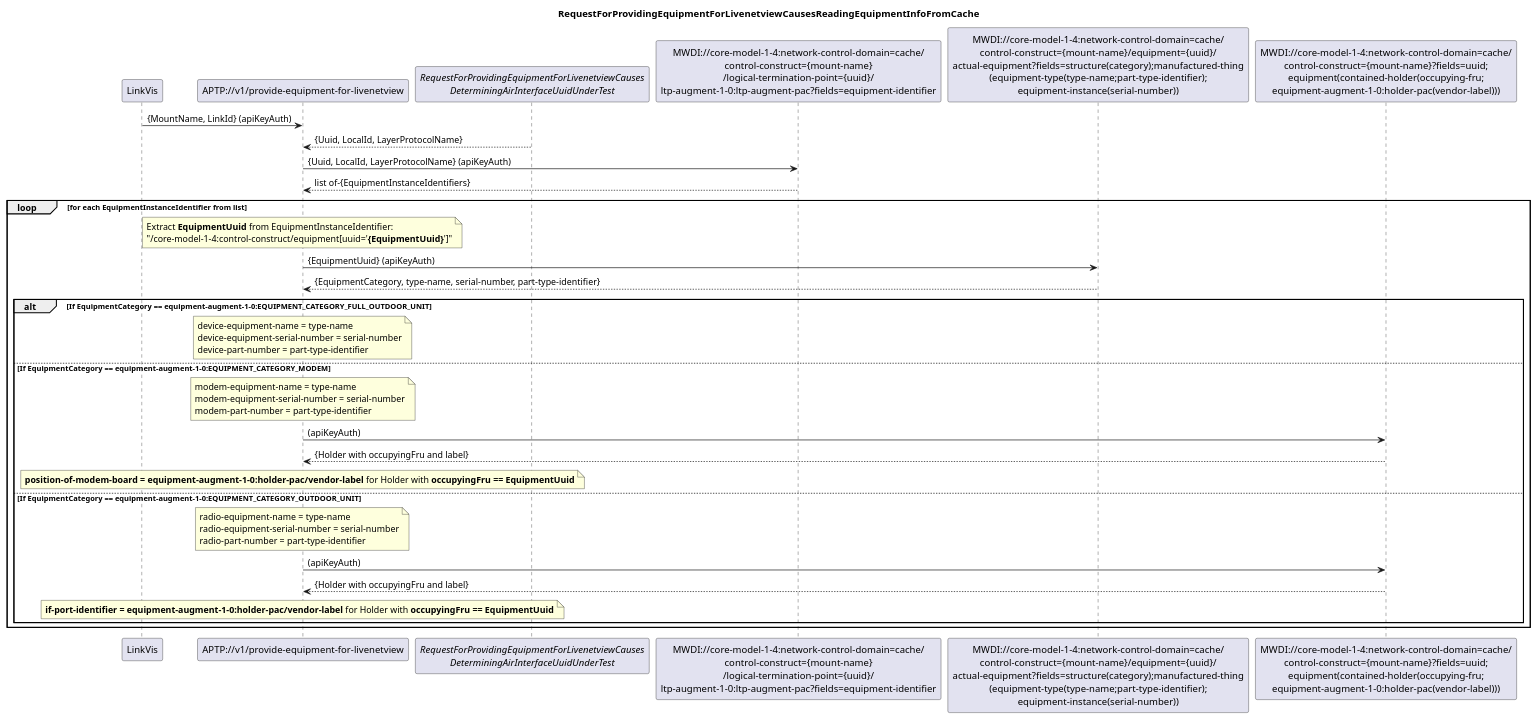
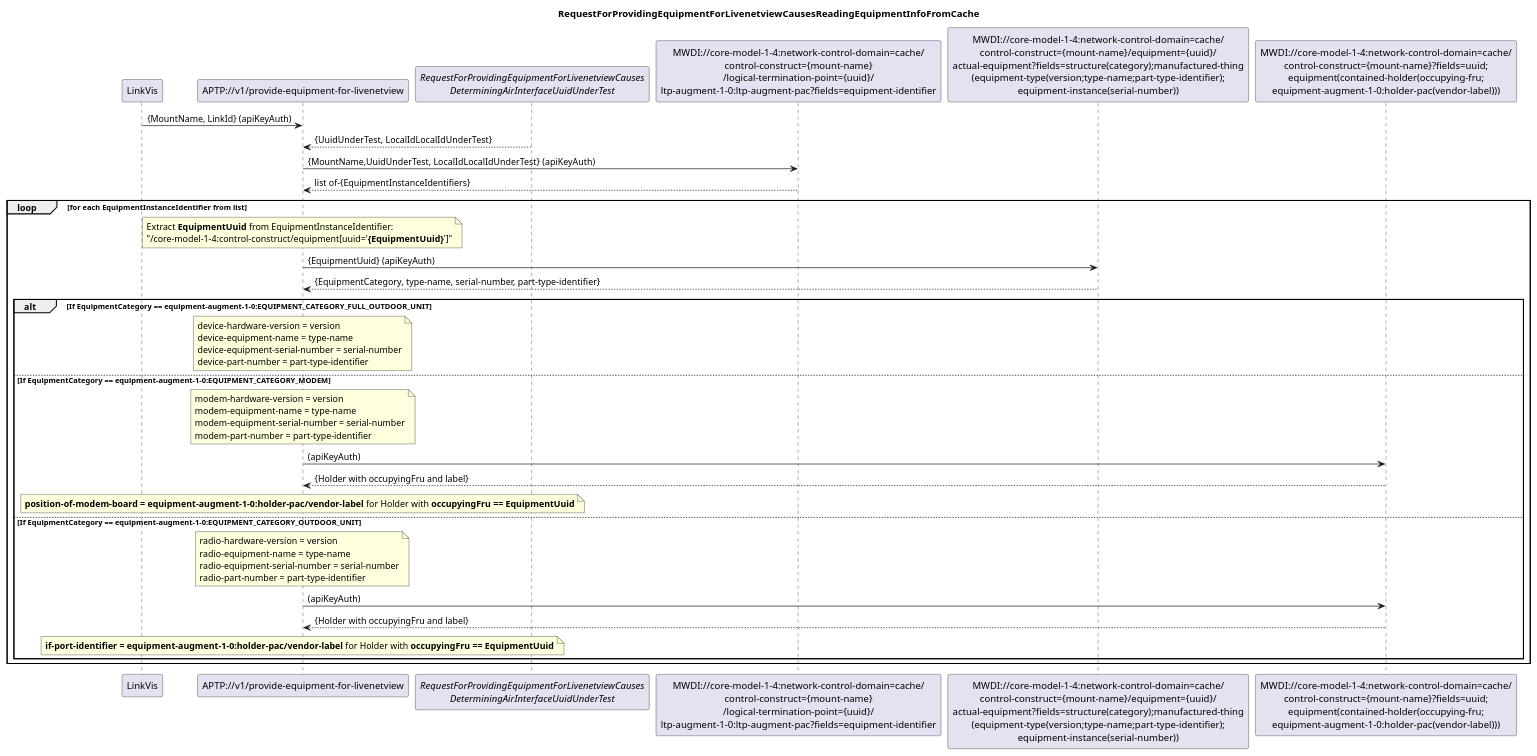
Before and after one commit to openBackhaul/AccessPlanningToolProxy: the diagram in spec/diagrams/ProvideEquipmentInfoForLivenetview/307_ReadingEquipmentInfoFromCache.plantuml, drawn with PlantUML. The commit also changed 4 other files, not shown here.

Commit message:
Add "hardware-version" to response of EquipmentInforForLiveNetView request

```diff
--- a/spec/diagrams/ProvideEquipmentInfoForLivenetview/307_ReadingEquipmentInfoFromCache.plantuml
+++ b/spec/diagrams/ProvideEquipmentInfoForLivenetview/307_ReadingEquipmentInfoFromCache.plantuml
@@ -1,71 +1,74 @@
 @startuml 307_ReadingEquipmentInfoFromCache
 skinparam responseMessageBelowArrow true
 
 title
 RequestForProvidingEquipmentForLivenetviewCausesReadingEquipmentInfoFromCache
 end title
 
 participant "LinkVis" as LinkVis
 participant "APTP://v1/provide-equipment-for-livenetview" as liveEquipment
 participant "<i>RequestForProvidingEquipmentForLivenetviewCauses\n<i>DeterminingAirInterfaceUuidUnderTest</i>" as InterfaceUnderTest
 participant "MWDI://core-model-1-4:network-control-domain=cache/\ncontrol-construct={mount-name}\n/logical-termination-point={uuid}/\nltp-augment-1-0:ltp-augment-pac?fields=equipment-identifier" as EquipmentInstanceIdentifiers
-participant "MWDI://core-model-1-4:network-control-domain=cache/\ncontrol-construct={mount-name}/equipment={uuid}/\nactual-equipment?fields=structure(category);manufactured-thing\n(equipment-type(type-name;part-type-identifier);\nequipment-instance(serial-number))" as RadioComponentIdentifiers
+participant "MWDI://core-model-1-4:network-control-domain=cache/\ncontrol-construct={mount-name}/equipment={uuid}/\nactual-equipment?fields=structure(category);manufactured-thing\n(equipment-type(version;type-name;part-type-identifier);\nequipment-instance(serial-number))" as RadioComponentIdentifiers
 participant "MWDI://core-model-1-4:network-control-domain=cache/\ncontrol-construct={mount-name}?fields=uuid;\nequipment(contained-holder(occupying-fru;\nequipment-augment-1-0:holder-pac(vendor-label)))" as HolderLabel
 
 LinkVis -> liveEquipment: {MountName, LinkId} (apiKeyAuth)
 
-InterfaceUnderTest --> liveEquipment: {Uuid, LocalId, LayerProtocolName} 
+InterfaceUnderTest --> liveEquipment: {UuidUnderTest, LocalIdLocalIdUnderTest} 
 
-liveEquipment -> EquipmentInstanceIdentifiers: {Uuid, LocalId, LayerProtocolName} (apiKeyAuth)
+liveEquipment -> EquipmentInstanceIdentifiers: {MountName,UuidUnderTest, LocalIdLocalIdUnderTest} (apiKeyAuth)
 EquipmentInstanceIdentifiers --> liveEquipment: list of-{EquipmentInstanceIdentifiers}
 
 
 loop for each EquipmentInstanceIdentifier from list
     note over liveEquipment
        Extract **EquipmentUuid** from EquipmentInstanceIdentifier:
        "/core-model-1-4:control-construct/equipment[uuid='**{EquipmentUuid}**']"
     end note
 
     liveEquipment -> RadioComponentIdentifiers: {EquipmentUuid} (apiKeyAuth)
     RadioComponentIdentifiers --> liveEquipment: {EquipmentCategory, type-name, serial-number, part-type-identifier}
 
     alt If EquipmentCategory == equipment-augment-1-0:EQUIPMENT_CATEGORY_FULL_OUTDOOR_UNIT
         note over liveEquipment
+            device-hardware-version = version
             device-equipment-name = type-name
             device-equipment-serial-number = serial-number
             device-part-number = part-type-identifier
         end note
 
     else If EquipmentCategory == equipment-augment-1-0:EQUIPMENT_CATEGORY_MODEM
-        note over liveEquipment    
+        note over liveEquipment
+            modem-hardware-version = version
             modem-equipment-name = type-name
             modem-equipment-serial-number = serial-number
             modem-part-number = part-type-identifier    
         end note
 
         liveEquipment -> HolderLabel: (apiKeyAuth)
         HolderLabel --> liveEquipment: {Holder with occupyingFru and label}
         note over liveEquipment    
             **position-of-modem-board = equipment-augment-1-0:holder-pac/vendor-label** for Holder with **occupyingFru == EquipmentUuid**
         end note
 
 
     else  If EquipmentCategory == equipment-augment-1-0:EQUIPMENT_CATEGORY_OUTDOOR_UNIT
         note over liveEquipment        
+        radio-hardware-version = version
         radio-equipment-name = type-name
         radio-equipment-serial-number = serial-number
         radio-part-number = part-type-identifier
         end note
 
         liveEquipment -> HolderLabel: (apiKeyAuth)
         HolderLabel --> liveEquipment: {Holder with occupyingFru and label}
         note over liveEquipment    
             **if-port-identifier = equipment-augment-1-0:holder-pac/vendor-label** for Holder with **occupyingFru == EquipmentUuid**
         end note
 
 
     end
  
 
 end
 @enduml
```
